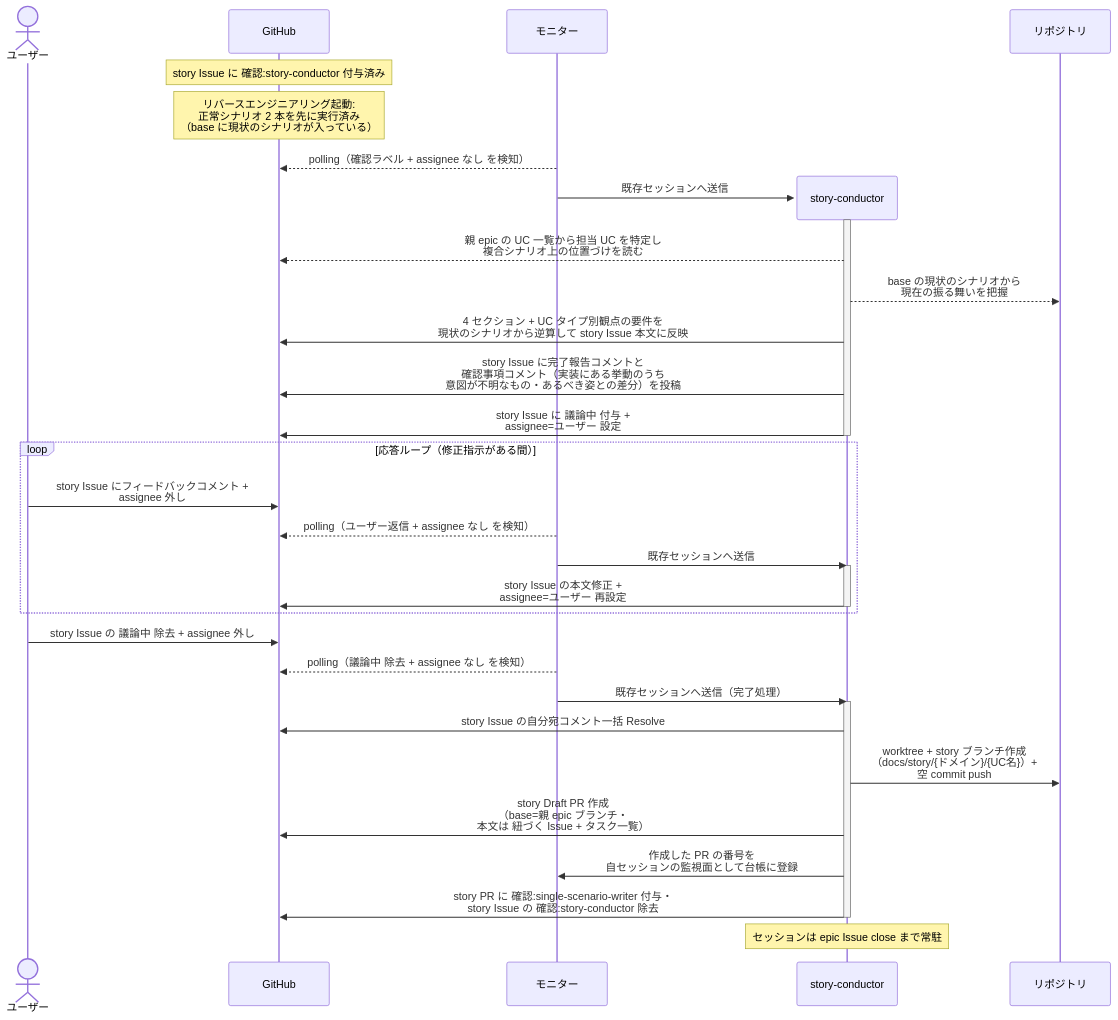
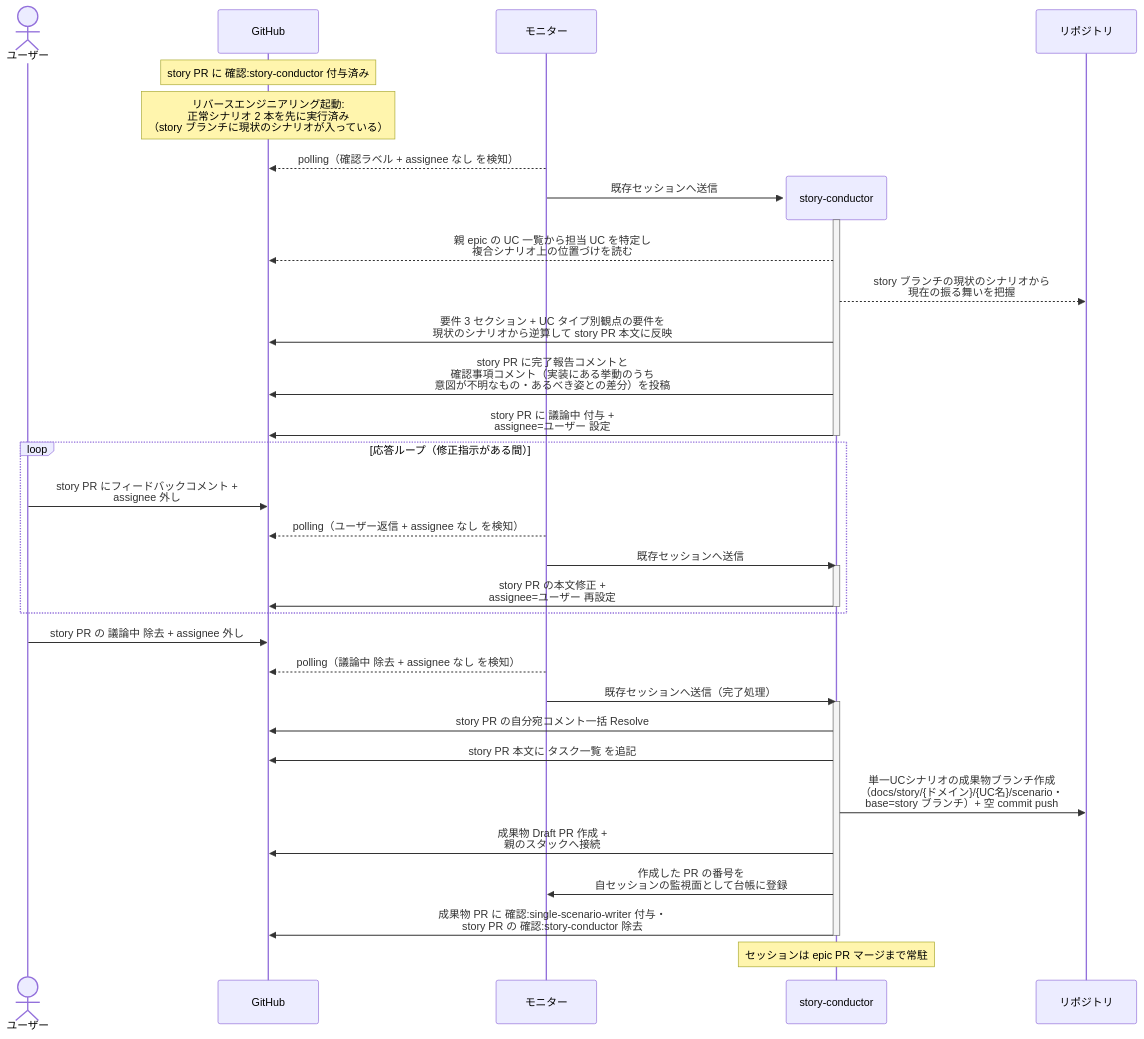
One commit to shuhei1101/ai-monitor changed the third of 3 diagrams in docs/wiki/設計図/シナリオ/単一ユースケース/story要件確定.md. Above: the diagram before and after it, drawn with Mermaid. The commit also changed other lines of this file and 256 other files, not shown here.

````diff
--- a/docs/wiki/設計図/シナリオ/単一ユースケース/story要件確定.md
+++ b/docs/wiki/設計図/シナリオ/単一ユースケース/story要件確定.md
@@ -148,41 +146,42 @@
 ```mermaid
 sequenceDiagram
   actor U as ユーザー
   participant GH as GitHub
   participant ORC as モニター
 
-  Note over GH: story Issue に 確認:story-conductor 付与済み
-  Note over GH: リバースエンジニアリング起動:<br>正常シナリオ 2 本を先に実行済み<br>（base に現状のシナリオが入っている）
+  Note over GH: story PR に 確認:story-conductor 付与済み
+  Note over GH: リバースエンジニアリング起動:<br>正常シナリオ 2 本を先に実行済み<br>（story ブランチに現状のシナリオが入っている）
   ORC-->>GH: polling（確認ラベル + assignee なし を検知）
   create participant MON as story-conductor
   ORC->>MON: 既存セッションへ送信
   participant REPO as リポジトリ
   activate MON
   MON-->>GH: 親 epic の UC 一覧から担当 UC を特定し<br>複合シナリオ上の位置づけを読む
-  MON-->>REPO: base の現状のシナリオから<br>現在の振る舞いを把握
-  MON->>GH: 4 セクション + UC タイプ別観点の要件を<br>現状のシナリオから逆算して story Issue 本文に反映
-  MON->>GH: story Issue に完了報告コメントと<br>確認事項コメント（実装にある挙動のうち<br>意図が不明なもの・あるべき姿との差分）を投稿
-  MON->>GH: story Issue に 議論中 付与 +<br>assignee=ユーザー 設定
+  MON-->>REPO: story ブランチの現状のシナリオから<br>現在の振る舞いを把握
+  MON->>GH: 要件 3 セクション + UC タイプ別観点の要件を<br>現状のシナリオから逆算して story PR 本文に反映
+  MON->>GH: story PR に完了報告コメントと<br>確認事項コメント（実装にある挙動のうち<br>意図が不明なもの・あるべき姿との差分）を投稿
+  MON->>GH: story PR に 議論中 付与 +<br>assignee=ユーザー 設定
   deactivate MON
 
   loop 応答ループ（修正指示がある間）
-    U->>GH: story Issue にフィードバックコメント +<br>assignee 外し
+    U->>GH: story PR にフィードバックコメント +<br>assignee 外し
     ORC-->>GH: polling（ユーザー返信 + assignee なし を検知）
     ORC->>MON: 既存セッションへ送信
     activate MON
-    MON->>GH: story Issue の本文修正 +<br>assignee=ユーザー 再設定
+    MON->>GH: story PR の本文修正 +<br>assignee=ユーザー 再設定
     deactivate MON
   end
 
-  U->>GH: story Issue の 議論中 除去 + assignee 外し
+  U->>GH: story PR の 議論中 除去 + assignee 外し
   ORC-->>GH: polling（議論中 除去 + assignee なし を検知）
   ORC->>MON: 既存セッションへ送信（完了処理）
   activate MON
-  MON->>GH: story Issue の自分宛コメント一括 Resolve
-  MON->>REPO: worktree + story ブランチ作成<br>（docs/story/{ドメイン}/{UC名}）+<br>空 commit push
-  MON->>GH: story Draft PR 作成<br>（base=親 epic ブランチ・<br>本文は 紐づく Issue + タスク一覧）
+  MON->>GH: story PR の自分宛コメント一括 Resolve
+  MON->>GH: story PR 本文に タスク一覧 を追記
+  MON->>REPO: 単一UCシナリオの成果物ブランチ作成<br>（docs/story/{ドメイン}/{UC名}/scenario・<br>base=story ブランチ）+ 空 commit push
+  MON->>GH: 成果物 Draft PR 作成 +<br>親のスタックへ接続
   MON->>ORC: 作成した PR の番号を<br>自セッションの監視面として台帳に登録
-  MON->>GH: story PR に 確認:single-scenario-writer 付与・<br>story Issue の 確認:story-conductor 除去
+  MON->>GH: 成果物 PR に 確認:single-scenario-writer 付与・<br>story PR の 確認:story-conductor 除去
   deactivate MON
-  Note over MON: セッションは epic Issue close まで常駐
+  Note over MON: セッションは epic PR マージまで常駐
 ```
````
